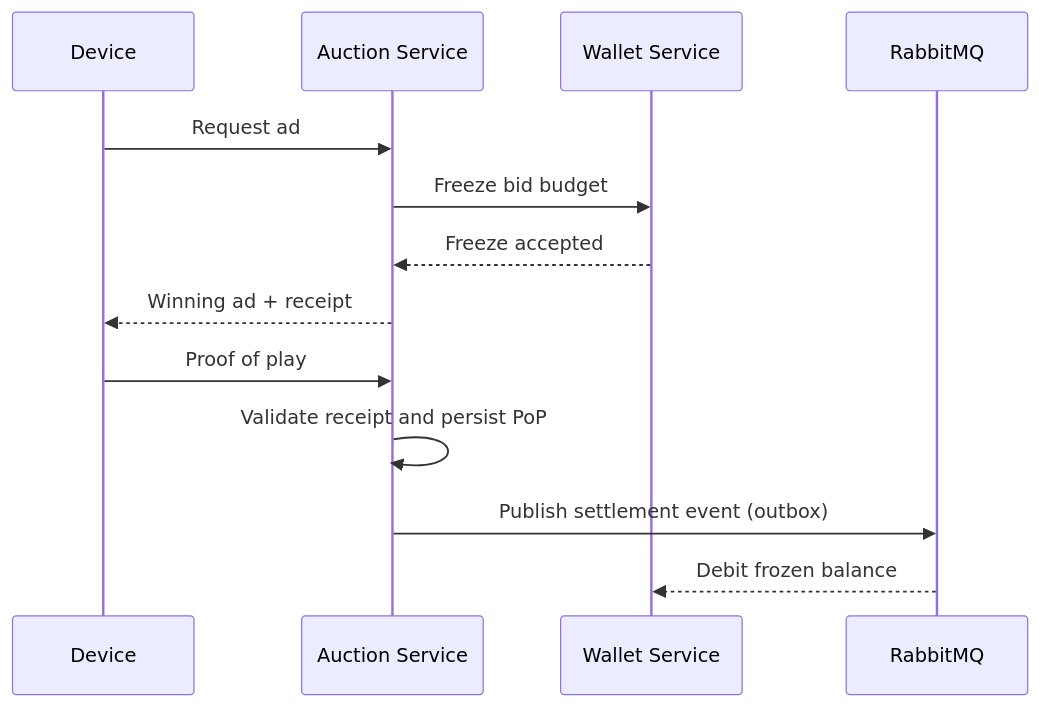
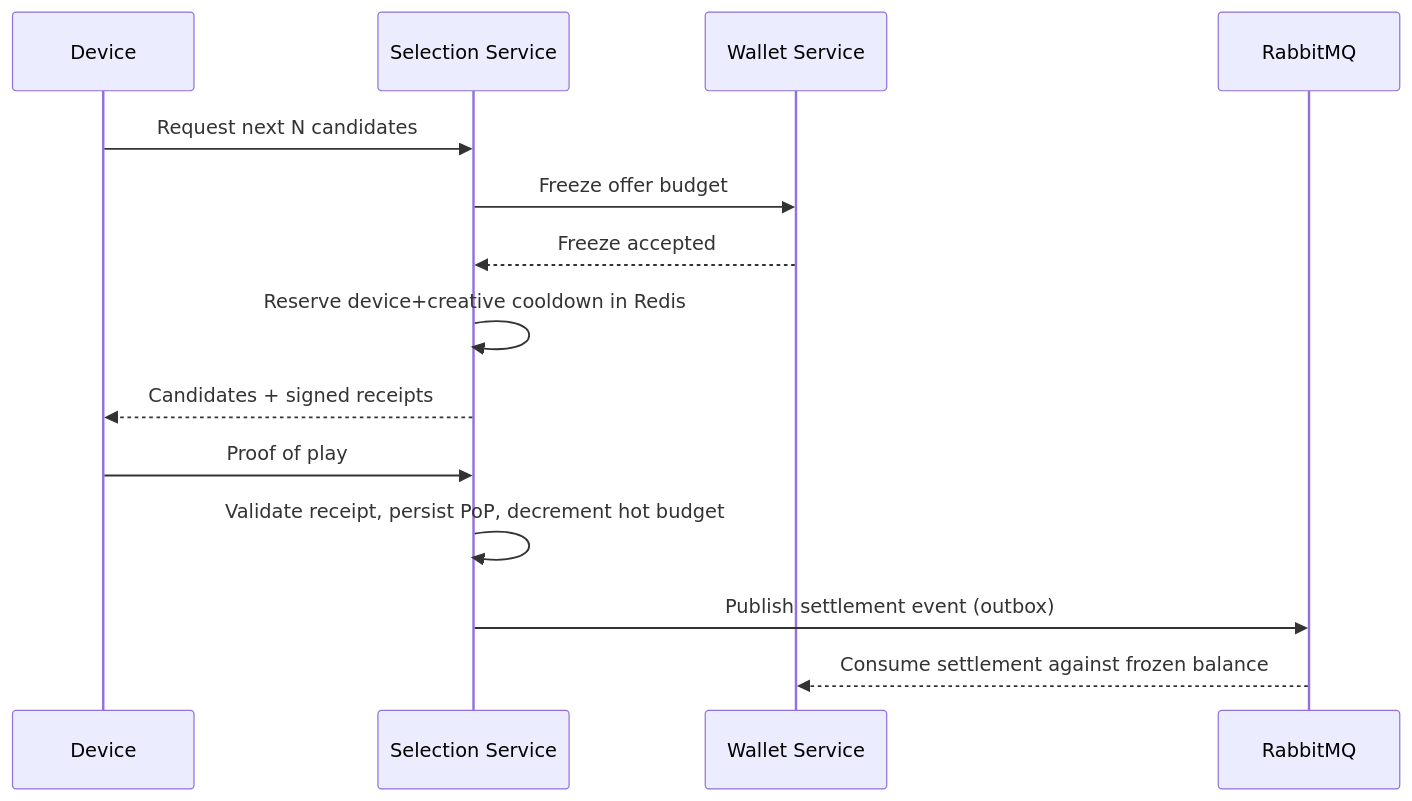
Before and after one commit to marcoRomanoFina/bidcast: the diagram in README.md, drawn with Mermaid. The commit also changed other lines of this file and 187 other files, not shown here.

Commit message:
build selection service

````diff
--- a/README.md
+++ b/README.md
@@ -55,16 +57,17 @@
 ```mermaid
 sequenceDiagram
     participant D as Device
-    participant A as Auction Service
+    participant S as Selection Service
     participant W as Wallet Service
     participant R as RabbitMQ
 
-    D->>A: Request ad
-    A->>W: Freeze bid budget
-    W-->>A: Freeze accepted
-    A-->>D: Winning ad + receipt
-    D->>A: Proof of play
-    A->>A: Validate receipt and persist PoP
-    A->>R: Publish settlement event (outbox)
-    R-->>W: Debit frozen balance
+    D->>S: Request next N candidates
+    S->>W: Freeze offer budget
+    W-->>S: Freeze accepted
+    S->>S: Reserve device+creative cooldown in Redis
+    S-->>D: Candidates + signed receipts
+    D->>S: Proof of play
+    S->>S: Validate receipt, persist PoP, decrement hot budget
+    S->>R: Publish settlement event (outbox)
+    R-->>W: Consume settlement against frozen balance
 ```
````
